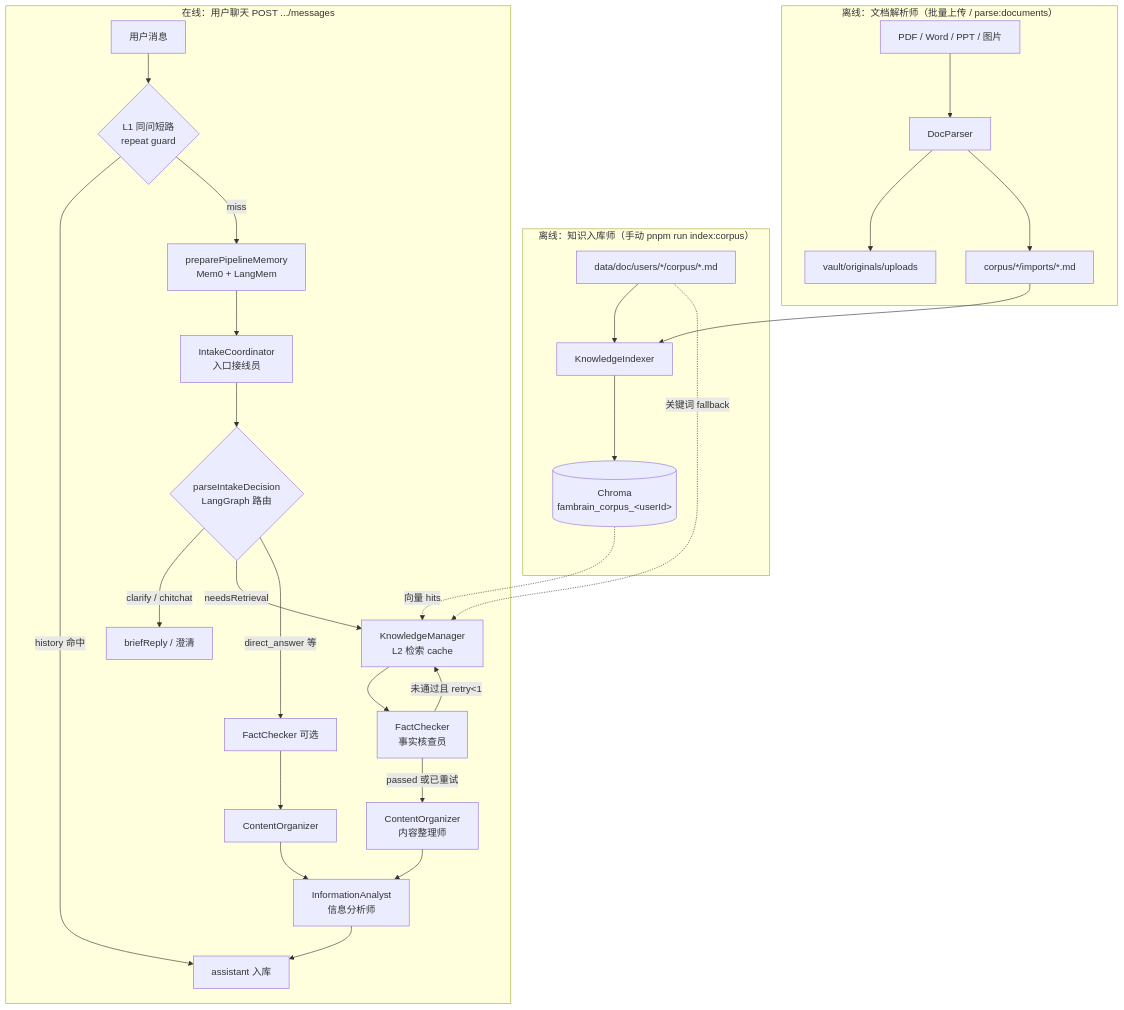
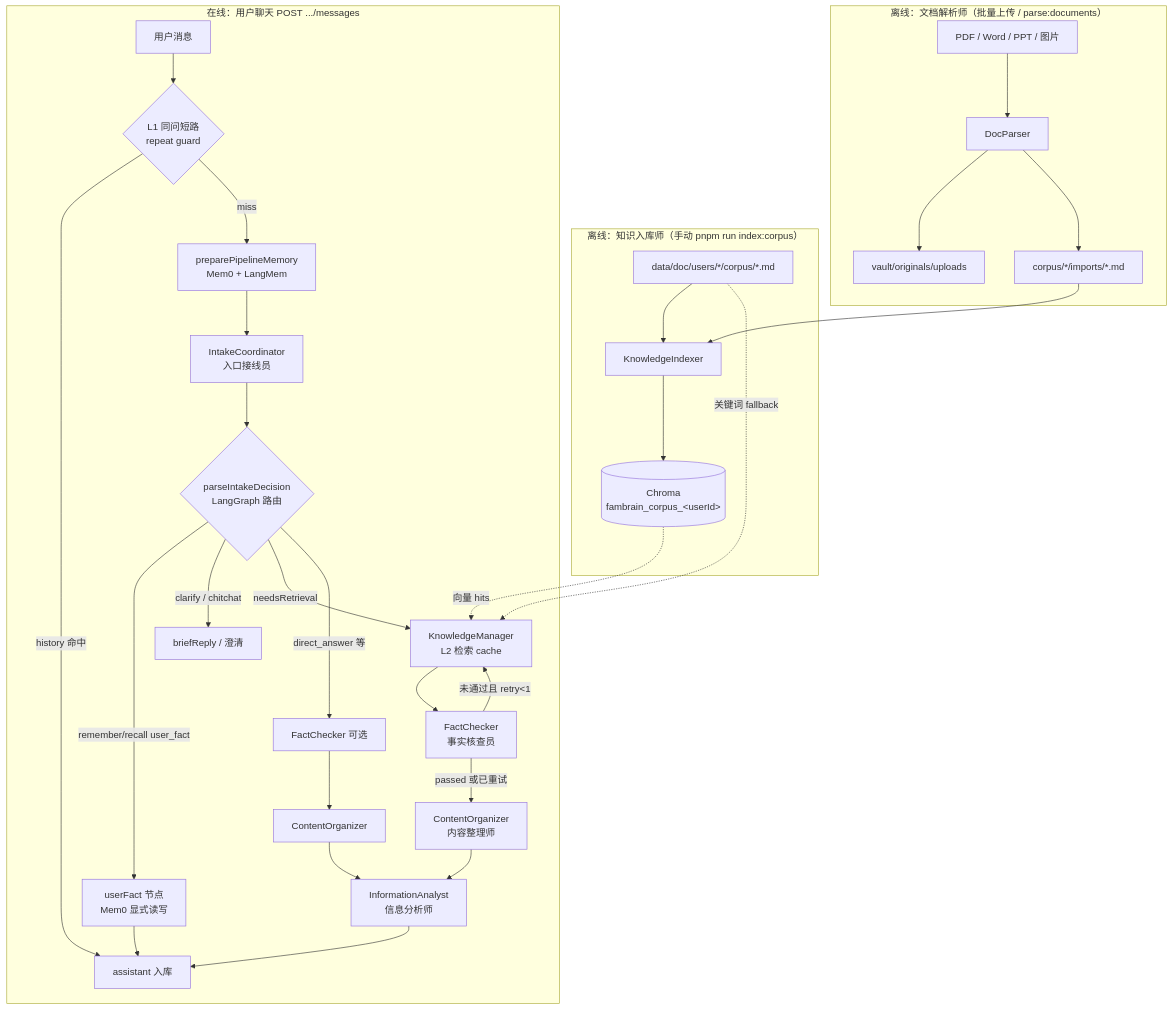
Before and after one commit to panzhanfei/fambrain-agents: the first of 12 diagrams in docs/02-agent-flows.md, drawn with Mermaid. The commit also changed other lines of this file and 24 other files, not shown here.

First line of the commit message:
feat(agents): P0-16 cross-session user facts via Intake schema and userFact node

````diff
--- a/docs/02-agent-flows.md
+++ b/docs/02-agent-flows.md
@@ -21,39 +21,41 @@
 ```mermaid
 flowchart TB
   subgraph offline ["离线：知识入库师（手动 pnpm run index:corpus）"]
     MD["data/doc/users/*/corpus/*.md"]
     KI["KnowledgeIndexer"]
     CH[("Chroma<br/>fambrain_corpus_&lt;userId&gt;")]
     MD --> KI --> CH
   end
 
   subgraph ingest ["离线：文档解析师（批量上传 / parse:documents）"]
     UP["PDF / Word / PPT / 图片"]
     DP["DocParser"]
     VAULT["vault/originals/uploads"]
     IMP["corpus/*/imports/*.md"]
     UP --> DP
     DP --> VAULT
     DP --> IMP
     IMP --> KI
   end
 
   subgraph online ["在线：用户聊天 POST .../messages"]
     U[用户消息] --> REP{L1 同问短路<br/>repeat guard}
     REP -->|history 命中| OUT[assistant 流式输出]
     REP -->|miss| MEM["preparePipelineMemory<br/>Mem0 + LangMem"]
     MEM --> IC[IntakeCoordinator<br/>入口接线员]
     IC --> P{parseIntakeDecision<br/>LangGraph 路由}
+    P -->|remember/recall user_fact| UF[userFact 节点<br/>Mem0 显式读写]
     P -->|clarify / chitchat| R1[briefReply / 澄清]
     P -->|needsRetrieval| KM[KnowledgeManager<br/>L2 检索 cache]
     KM --> FC[FactChecker<br/>事实核查员]
     FC -->|passed 或已重试| CO[ContentOrganizer<br/>内容整理师]
     FC -->|未通过且 retry&lt;1| KM
     CO --> IA[InformationAnalyst<br/>信息分析师]
     P -->|direct_answer 等| FC2[FactChecker 可选] --> CO2[ContentOrganizer] --> IA
     IA --> OUT[assistant 入库]
+    UF --> OUT
   end
 
   CH -.->|向量 hits| KM
   MD -.->|关键词 fallback| KM
 ```
````
